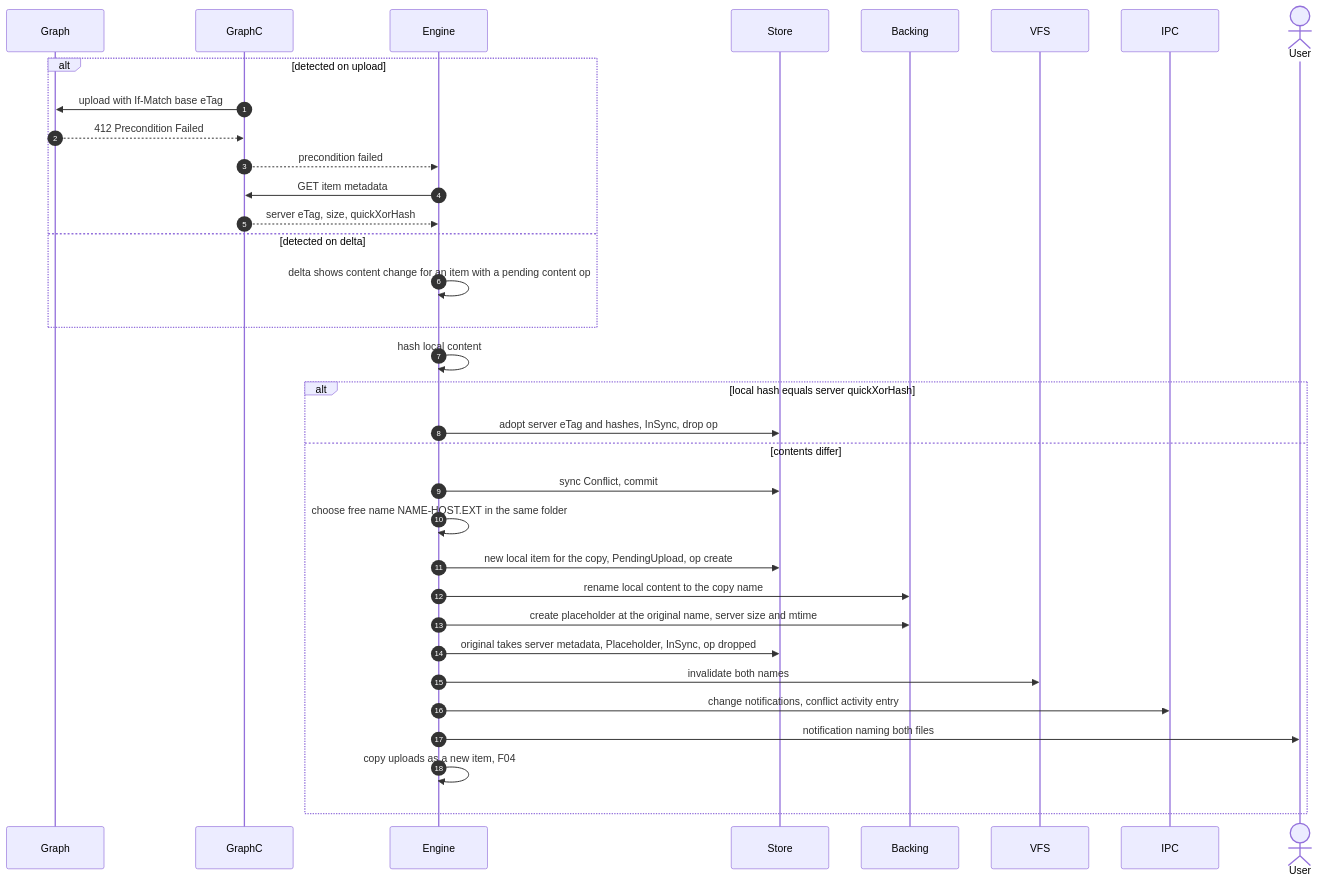
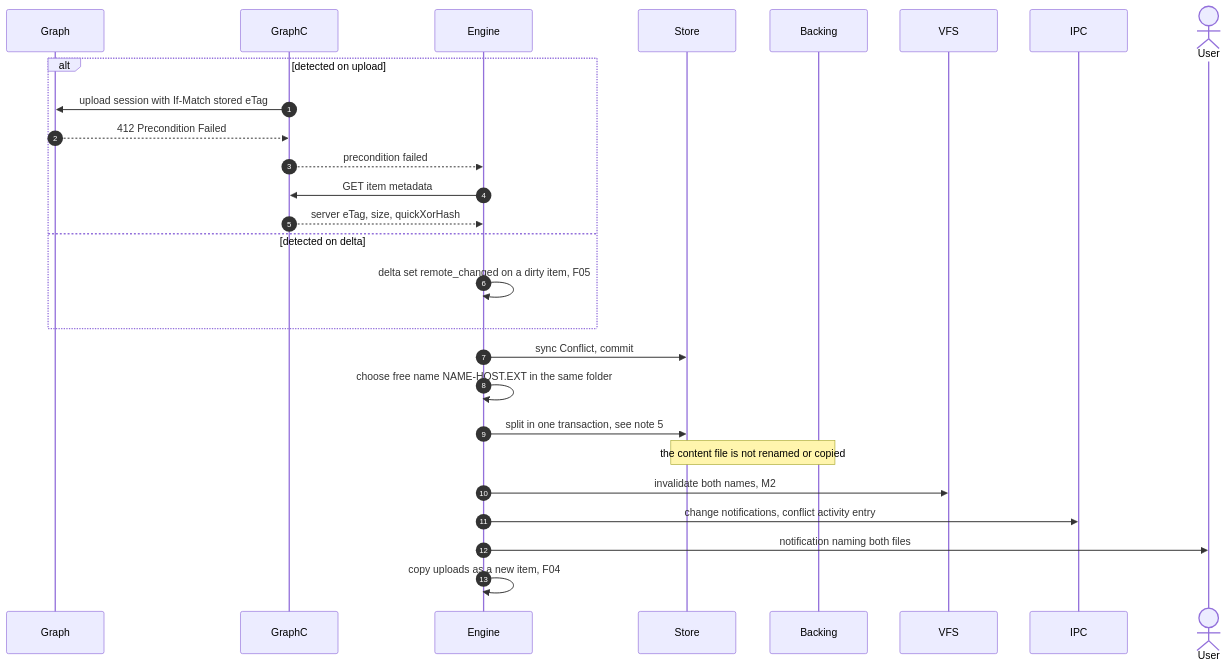
Before and after one commit to paulpitchford/my-drive: the diagram in docs/flows/F07-conflict.md, drawn with Mermaid. The commit also changed other lines of this file and 19 other files, not shown here.

First line of the commit message:
docs(flows): amend flows and journeys for the M1 decisions

````diff
--- a/docs/flows/F07-conflict.md
+++ b/docs/flows/F07-conflict.md
@@ -16,37 +18,30 @@
 ```mermaid
 sequenceDiagram
     autonumber
     participant Graph
     participant GraphC
     participant Engine
     participant Store
     participant Backing
     participant VFS
     participant IPC
     actor User
 
     alt detected on upload
-        GraphC->>Graph: upload with If-Match base eTag
+        GraphC->>Graph: upload session with If-Match stored eTag
         Graph-->>GraphC: 412 Precondition Failed
         GraphC-->>Engine: precondition failed
         Engine->>GraphC: GET item metadata
         GraphC-->>Engine: server eTag, size, quickXorHash
     else detected on delta
-        Engine->>Engine: delta shows content change for an item with a pending content op
+        Engine->>Engine: delta set remote_changed on a dirty item, F05
     end
-    Engine->>Engine: hash local content
-    alt local hash equals server quickXorHash
-        Engine->>Store: adopt server eTag and hashes, InSync, drop op
-    else contents differ
-        Engine->>Store: sync Conflict, commit
-        Engine->>Engine: choose free name NAME-HOST.EXT in the same folder
-        Engine->>Store: new local item for the copy, PendingUpload, op create
-        Engine->>Backing: rename local content to the copy name
-        Engine->>Backing: create placeholder at the original name, server size and mtime
-        Engine->>Store: original takes server metadata, Placeholder, InSync, op dropped
-        Engine->>VFS: invalidate both names
-        Engine->>IPC: change notifications, conflict activity entry
-        Engine->>User: notification naming both files
-        Engine->>Engine: copy uploads as a new item, F04
-    end
+    Engine->>Store: sync Conflict, commit
+    Engine->>Engine: choose free name NAME-HOST.EXT in the same folder
+    Engine->>Store: split in one transaction, see note 5
+    Note over Store,Backing: the content file is not renamed or copied
+    Engine->>VFS: invalidate both names, M2
+    Engine->>IPC: change notifications, conflict activity entry
+    Engine->>User: notification naming both files
+    Engine->>Engine: copy uploads as a new item, F04
 ```
````
